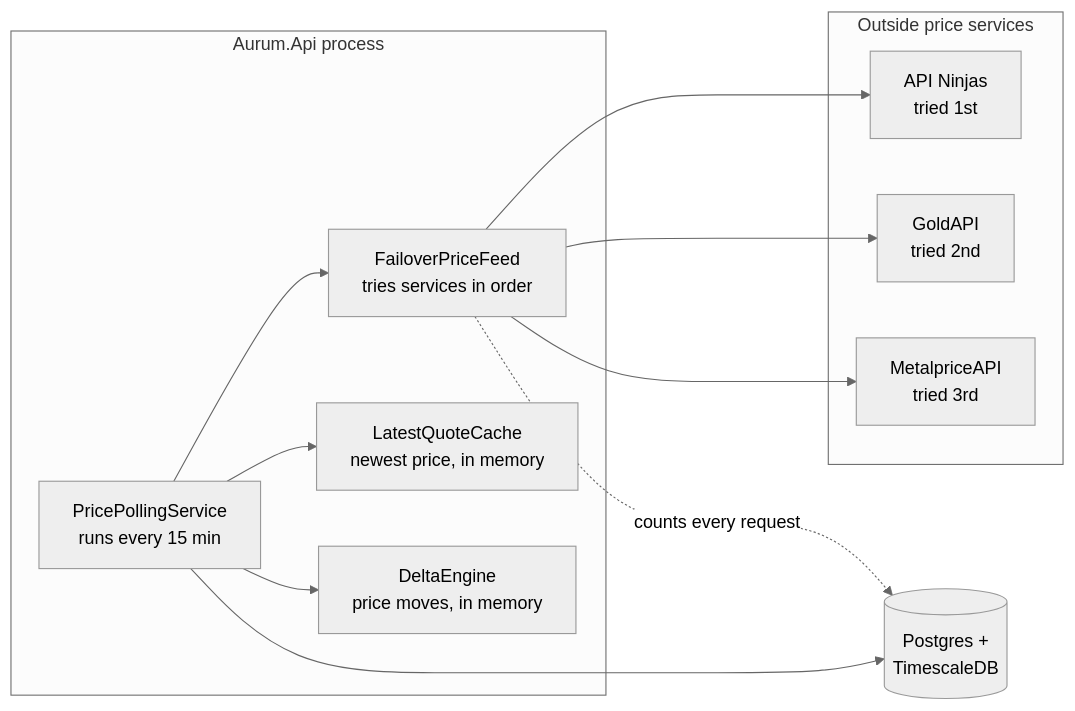
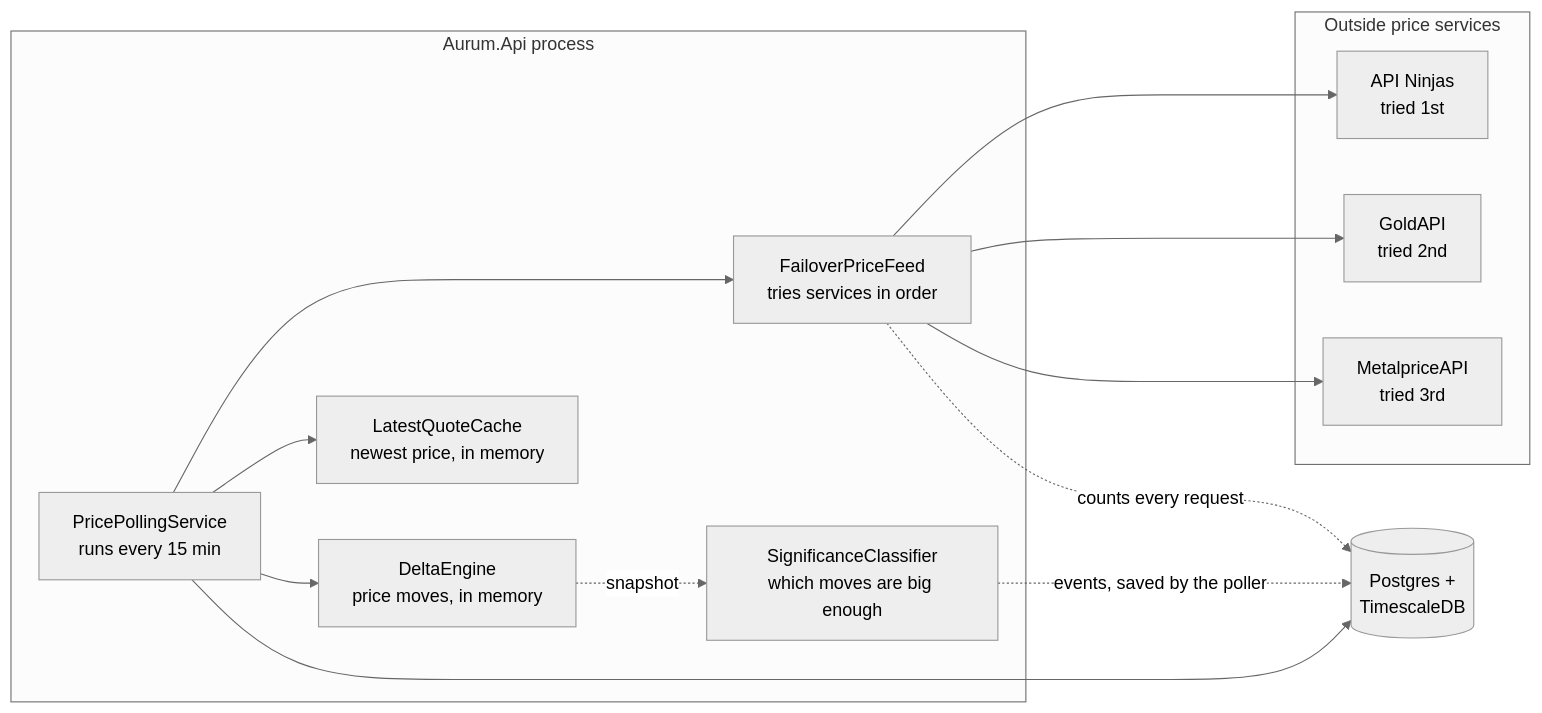
Before and after one commit to avolel/aurum: the first of 4 diagrams in docs/code-overview.md, drawn with Mermaid (neutral theme). The commit also changed other lines of this file and 4 other files, not shown here.

````diff
--- a/docs/code-overview.md
+++ b/docs/code-overview.md
@@ -40,24 +40,27 @@
 ```mermaid
 flowchart LR
     subgraph outside["Outside price services"]
         N[API Ninjas<br/>tried 1st]
         G[GoldAPI<br/>tried 2nd]
         M[MetalpriceAPI<br/>tried 3rd]
     end
 
     subgraph api["Aurum.Api process"]
         P[PricePollingService<br/>runs every 15 min]
         F[FailoverPriceFeed<br/>tries services in order]
         C[LatestQuoteCache<br/>newest price, in memory]
         D[DeltaEngine<br/>price moves, in memory]
+        S[SignificanceClassifier<br/>which moves are big enough]
     end
 
     DB[(Postgres +<br/>TimescaleDB)]
 
     P --> F
     F --> N & G & M
     P --> C
     P --> D
+    D -. snapshot .-> S
     P --> DB
+    S -. events, saved by the poller .-> DB
     F -. counts every request .-> DB
 ```
````
